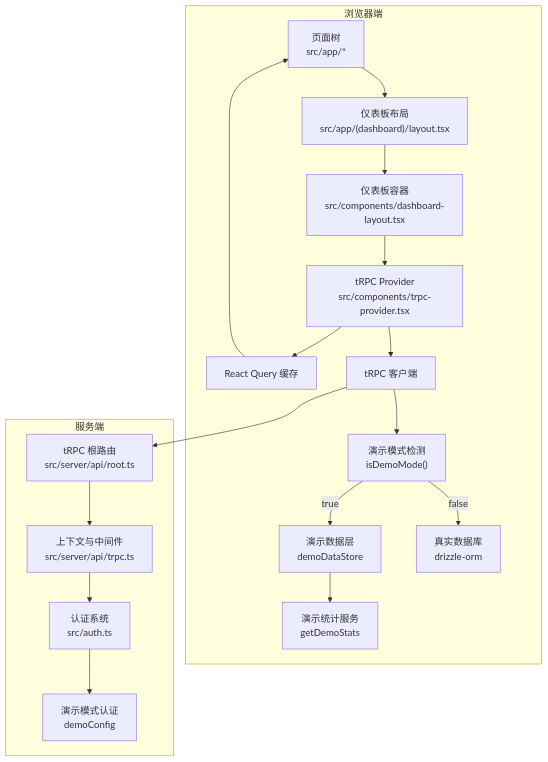
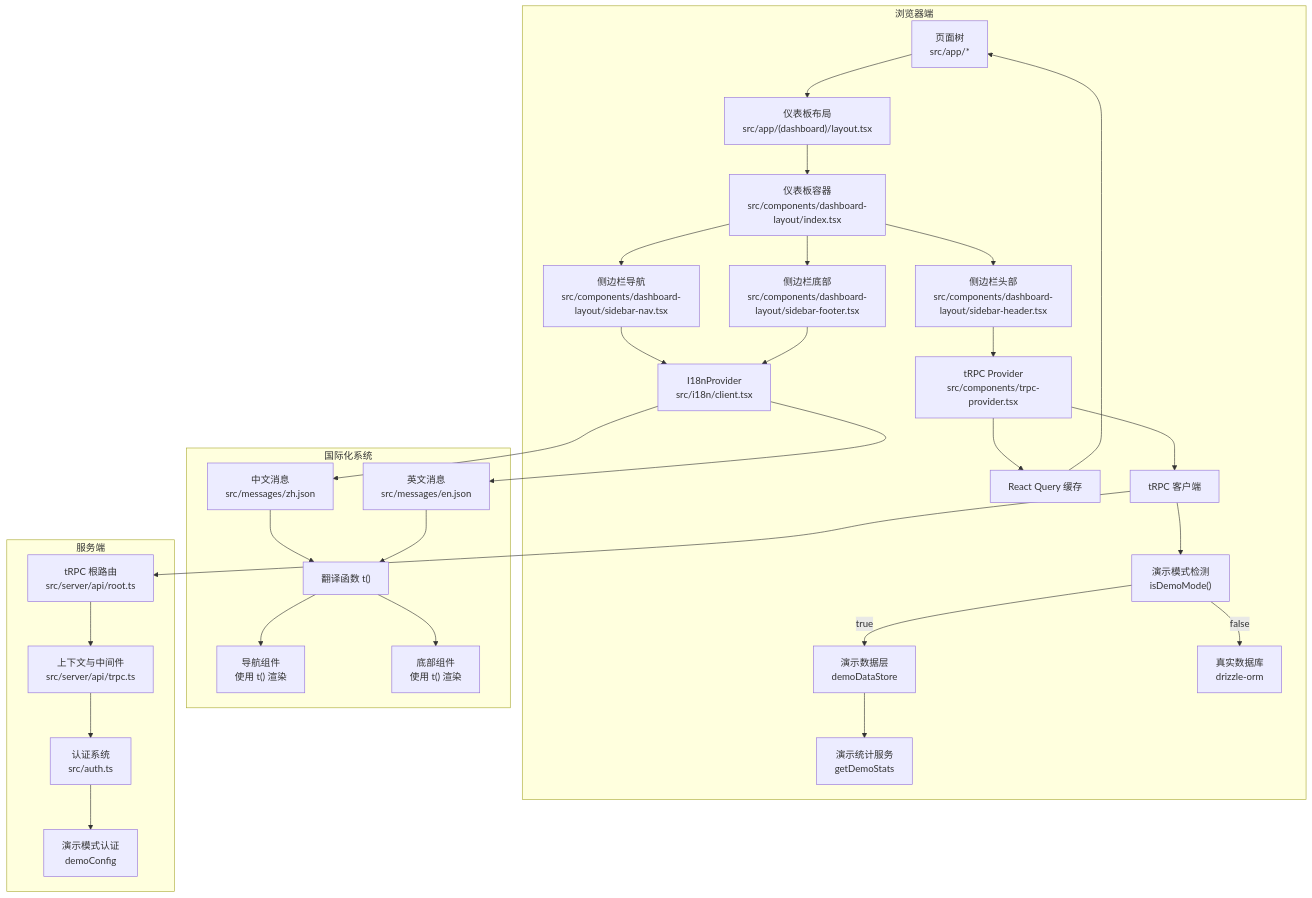
The second of 12 diagrams in .qoder/repowiki/zh/content/架构设计/前端架构.md (RadiumAg/AIGate), drawn with Mermaid before and after one commit. The commit also changed other lines of this file and 10 other files, not shown here.

````diff
--- a/.qoder/repowiki/zh/content/架构设计/前端架构.md
+++ b/.qoder/repowiki/zh/content/架构设计/前端架构.md
@@ -124,23 +154,36 @@
 ```mermaid
 graph TB
 subgraph "浏览器端"
 L["页面树<br/>src/app/*"] --> DL["仪表板布局<br/>src/app/(dashboard)/layout.tsx"]
-DL --> U["仪表板容器<br/>src/components/dashboard-layout.tsx"]
-U --> P["tRPC Provider<br/>src/components/trpc-provider.tsx"]
+DL --> U["仪表板容器<br/>src/components/dashboard-layout/index.tsx"]
+U --> SH["侧边栏头部<br/>src/components/dashboard-layout/sidebar-header.tsx"]
+U --> SN["侧边栏导航<br/>src/components/dashboard-layout/sidebar-nav.tsx"]
+U --> SF["侧边栏底部<br/>src/components/dashboard-layout/sidebar-footer.tsx"]
+SH --> P["tRPC Provider<br/>src/components/trpc-provider.tsx"]
+SN --> I18N["I18nProvider<br/>src/i18n/client.tsx"]
+SF --> I18N
 P --> Q["React Query 缓存"]
 P --> T["tRPC 客户端"]
 T --> R["演示模式检测<br/>isDemoMode()"]
 R --> |true| DEMO["演示数据层<br/>demoDataStore"]
 R --> |false| DB["真实数据库<br/>drizzle-orm"]
 DEMO --> STATS["演示统计服务<br/>getDemoStats"]
+end
+subgraph "国际化系统"
+I18N --> MSG_ZH["中文消息<br/>src/messages/zh.json"]
+I18N --> MSG_EN["英文消息<br/>src/messages/en.json"]
+MSG_ZH --> T_FUNC["翻译函数 t()"]
+MSG_EN --> T_FUNC
+T_FUNC --> NAV_COMP["导航组件<br/>使用 t() 渲染"]
+T_FUNC --> FOOTER_COMP["底部组件<br/>使用 t() 渲染"]
 end
 subgraph "服务端"
 ROOT["tRPC 根路由<br/>src/server/api/root.ts"]
 CTX["上下文与中间件<br/>src/server/api/trpc.ts"]
 ROOT --> CTX
 CTX --> AUTH["认证系统<br/>src/auth.ts"]
 AUTH --> DEMO_AUTH["演示模式认证<br/>demoConfig"]
 end
 T --> ROOT
 Q --> L
 ```
````
